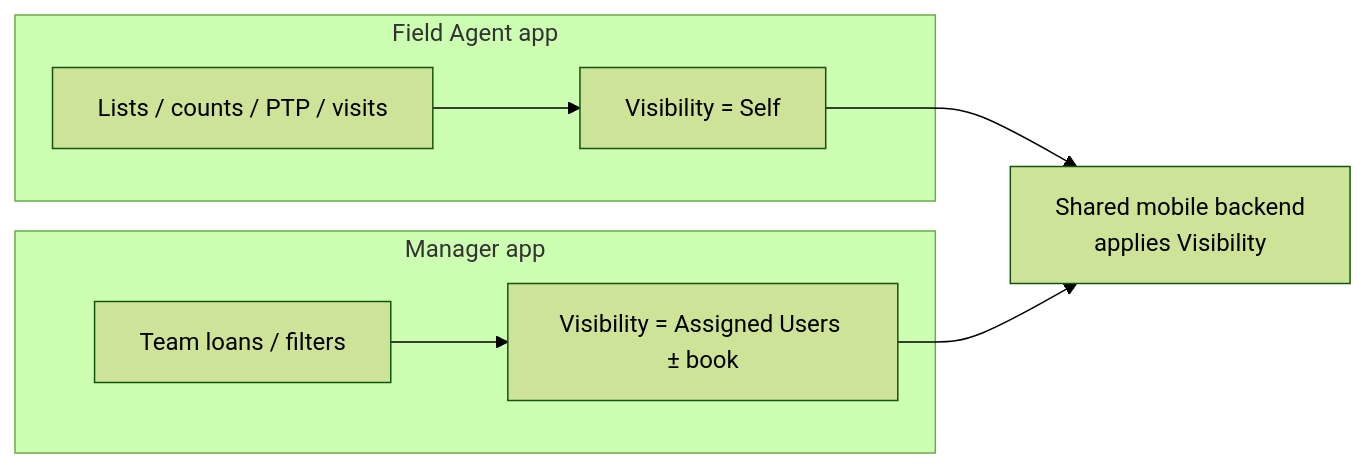
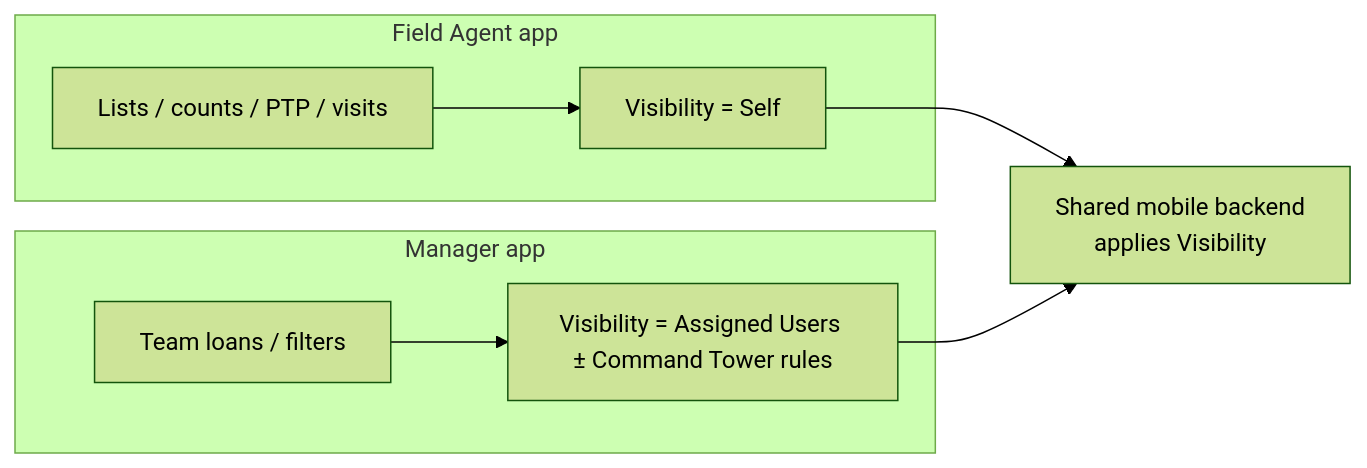
Before and after one commit to shubhamgrayopus/collekto-hierarchy-solution: diagram 13 of 14 in Collekto-AuthZ-Visibility-Impact-Understanding.md, drawn with Mermaid (forest theme). The commit also changed other lines of this file and 2 other files, not shown here.

Commit message:
Use Command Tower rules team terminology across the understanding docs.

````diff
--- a/Collekto-AuthZ-Visibility-Impact-Understanding.md
+++ b/Collekto-AuthZ-Visibility-Impact-Understanding.md
@@ -354,16 +354,16 @@
 ```mermaid
 flowchart LR
   subgraph fa [Field Agent app]
     F1[Lists / counts / PTP / visits]
     F2[Visibility = Self]
     F1 --> F2
   end
   subgraph ma [Manager app]
     M1[Team loans / filters]
-    M2[Visibility = Assigned Users ± book]
+    M2[Visibility = Assigned Users ± Command Tower rules]
     M1 --> M2
   end
   API[Shared mobile backend<br/>applies Visibility]
   F2 --> API
   M2 --> API
 ```
````
